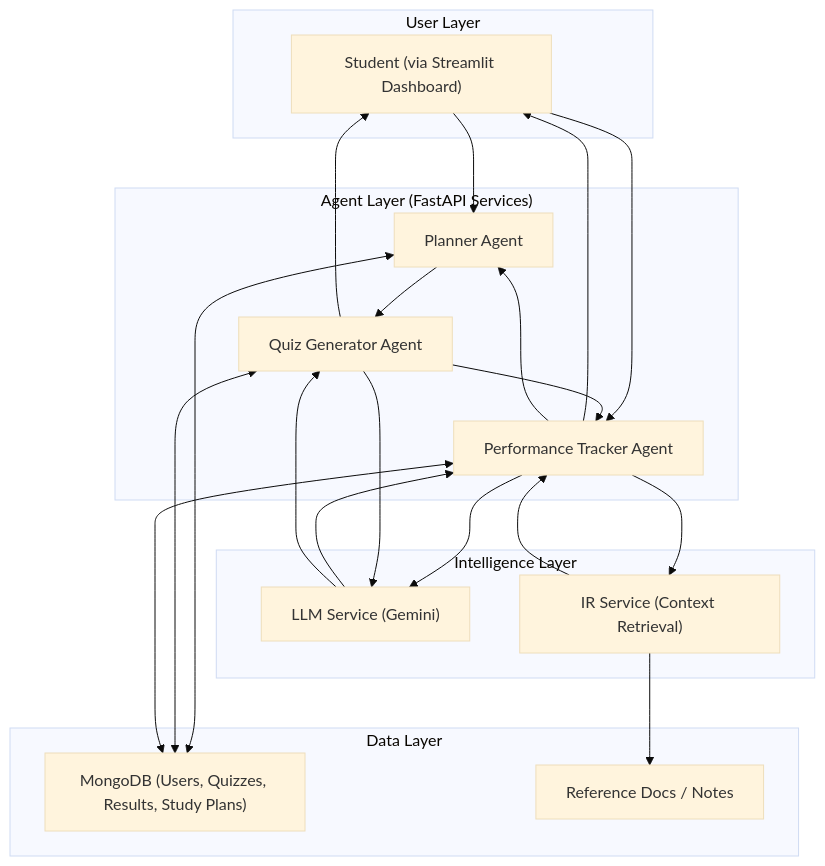
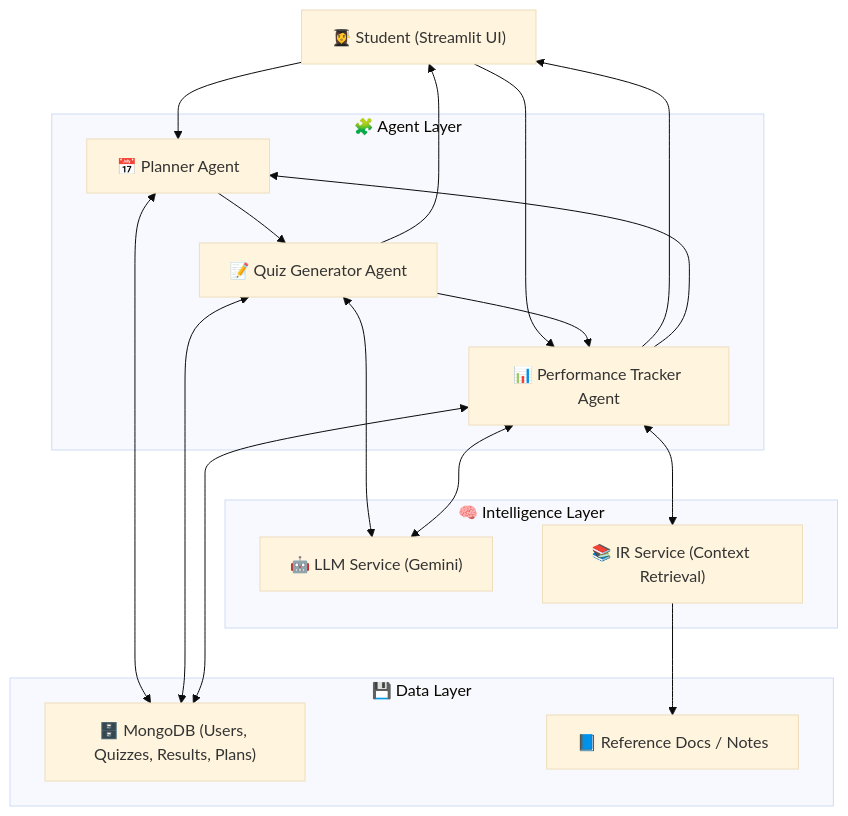
The diagram in README.md (LochanaLithira/Adaptive-Exam-Preparation-AI), drawn with Mermaid (base theme) before and after one commit.

````diff
--- a/README.md
+++ b/README.md
@@ -24,49 +24,47 @@
 ```mermaid
 flowchart TD
-    subgraph UI["User Layer"]
-        A["Student (via Streamlit Dashboard)"]
+    %% User Layer
+    A["👩‍🎓 Student (Streamlit UI)"]
+
+    %% Agent Layer
+    subgraph AGENTS["🧩 Agent Layer"]
+        B["📅 Planner Agent"]
+        C["📝 Quiz Generator Agent"]
+        D["📊 Performance Tracker Agent"]
     end
 
-    subgraph AGENTS["Agent Layer (FastAPI Services)"]
-        B["Planner Agent"]
-        C["Quiz Generator Agent"]
-        D["Performance Tracker Agent"]
+    %% Intelligence Layer
+    subgraph AI["🧠 Intelligence Layer"]
+        LLM["🤖 LLM Service (Gemini)"]
+        IR["📚 IR Service (Context Retrieval)"]
     end
 
-    subgraph AI["Intelligence Layer"]
-        LLM["LLM Service (Gemini)"]
-        IR["IR Service (Context Retrieval)"]
+    %% Data Layer
+    subgraph DATA["💾 Data Layer"]
+        DB["🗄️ MongoDB (Users, Quizzes, Results, Plans)"]
+        DOCS["📘 Reference Docs / Notes"]
     end
 
-    subgraph DATA["Data Layer"]
-        DB["MongoDB (Users, Quizzes, Results, Study Plans)"]
-        DOCS["Reference Docs / Notes"]
-    end
-
-    %% Flow
+    %% User Flow
     A --> B
     B --> C
     C --> A
     A --> D
     D --> A
 
     %% Agent interactions
     C --> D
     D --> B
 
     %% Intelligence integration
-    D --> LLM
-    LLM --> D
-    C --> LLM
-    LLM --> C
-    D --> IR
-    IR --> DOCS
-    IR --> D
+    C <--> LLM
+    D <--> LLM
+    D <--> IR
 
-    %% Database
+    %% Data Layer connections
     B <--> DB
     C <--> DB
     D <--> DB
-
+    IR --> DOCS
 
 ```
````
